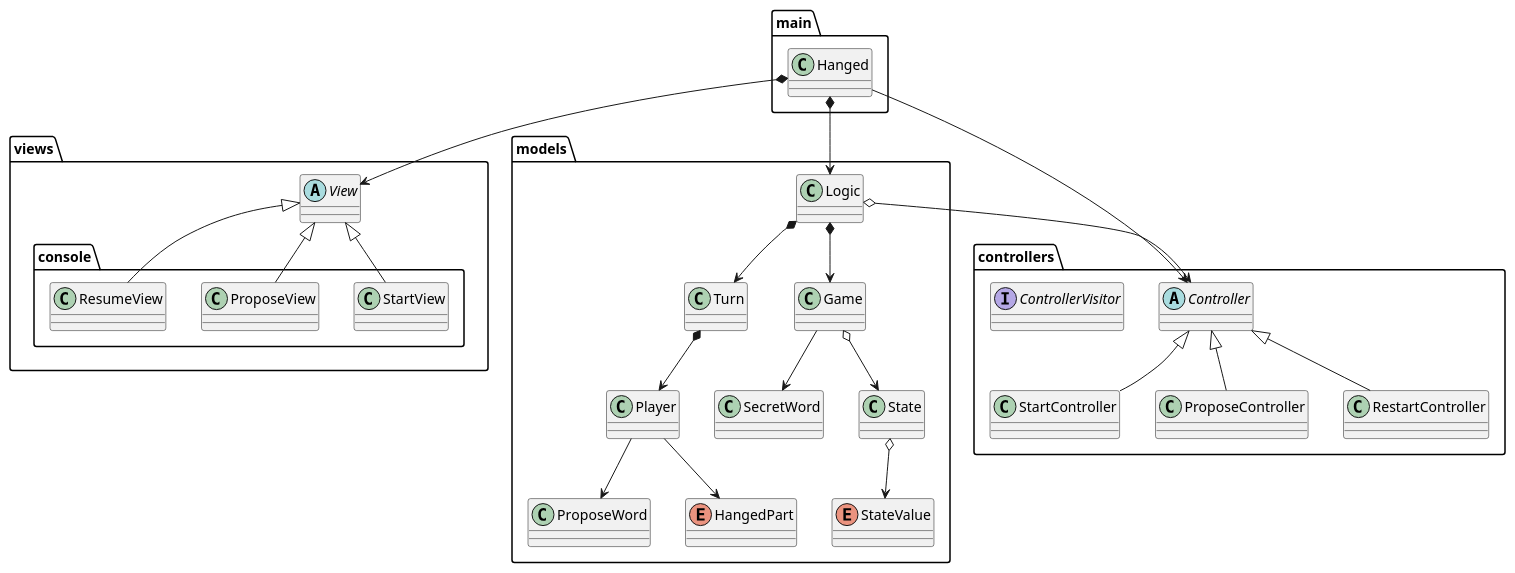
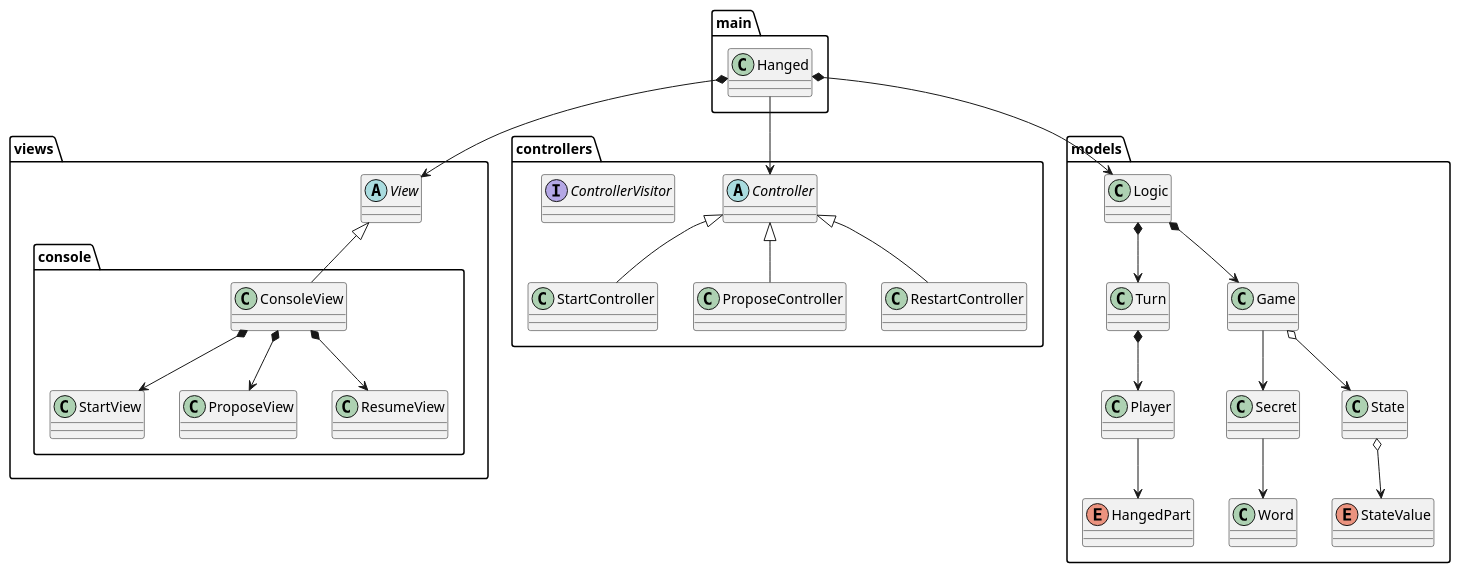
One commit to jumpering/Hanged changed the diagram in requirements/puml/MVC.puml. Above: the diagram before and after it, drawn with PlantUML. The commit also changed 3 other files, not shown here.

Commit message:
test secret and word

```diff
--- a/requirements/puml/MVC.puml
+++ b/requirements/puml/MVC.puml
@@ -1,65 +1,67 @@
 @startuml
 package "main" {
 class Hanged
 }
 
 package "views"{
 abstract class View
     package "console" {
+        class ConsoleView
         class StartView
         class ProposeView
         class ResumeView
     }
 }
 
 package "controllers"{
 abstract class Controller
 class StartController
 class ProposeController
 class RestartController
 interface ControllerVisitor
 
 }
 
 
 package "models" {
 class Logic
-class ProposeWord
-class SecretWord
+class Secret
+class Word
 enum HangedPart
 class Turn
 class Player
 class Game
 class State
 enum StateValue
 }
 
 Logic *--> Game
 
 Hanged *--> View
 Hanged *--> Logic
 Hanged --> Controller
 
-Logic o--> Controller
-View <|-- StartView
-View <|-- ProposeView
-View <|-- ResumeView
+View <|-- ConsoleView
+ConsoleView *--> StartView
+ConsoleView *--> ProposeView
+ConsoleView *--> ResumeView
 
 Controller <|-- StartController
 Controller <|-- ProposeController
 Controller <|-- RestartController
 
 
 Logic *--> Turn
 Game o--> State
 State o--> StateValue
 
 Turn *--> Player
-Player --> ProposeWord
 Player --> HangedPart
 
-Game --> SecretWord
+Game --> Secret
+
+Secret --> Word
 
 
 
 @enduml
```
